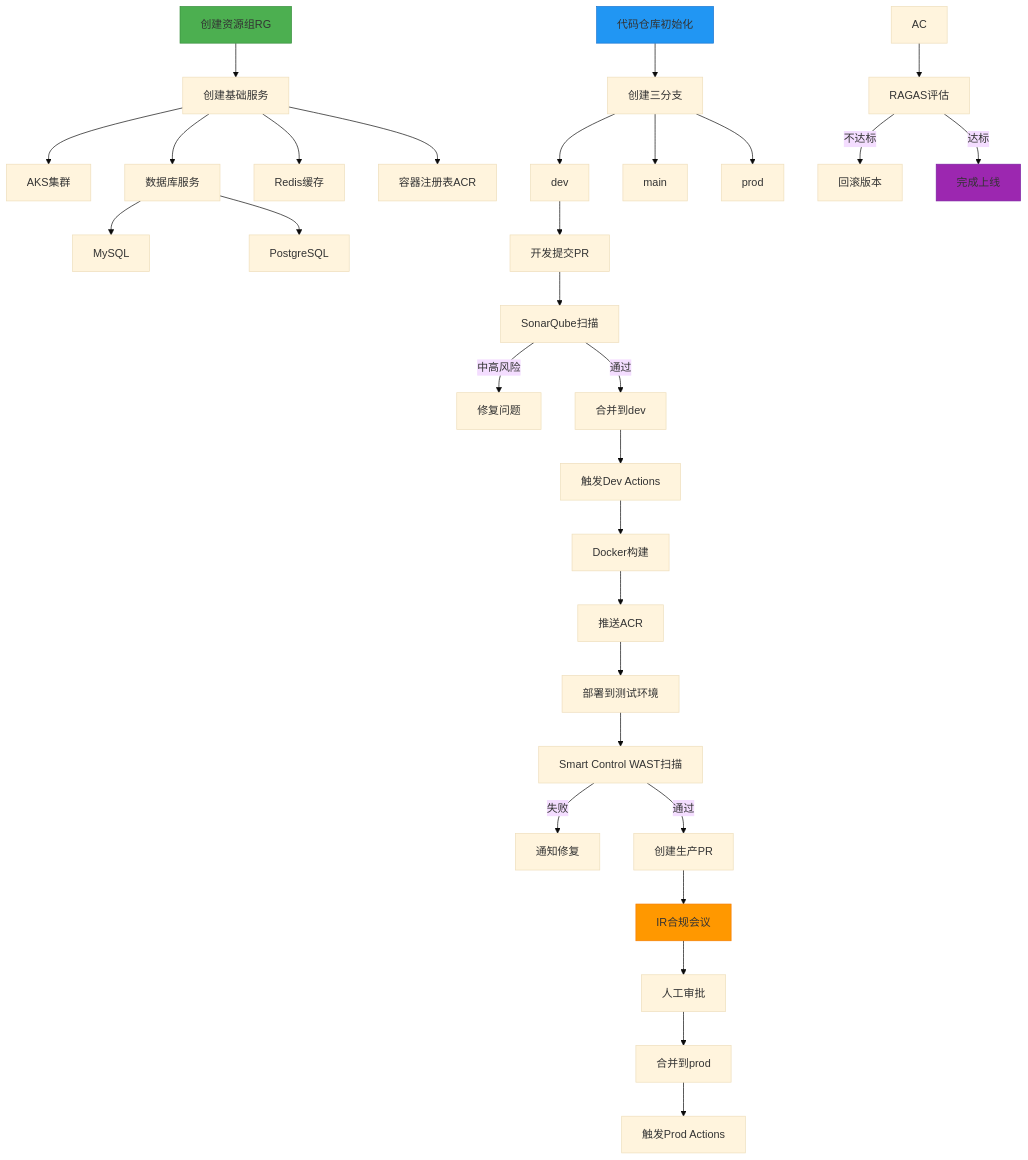
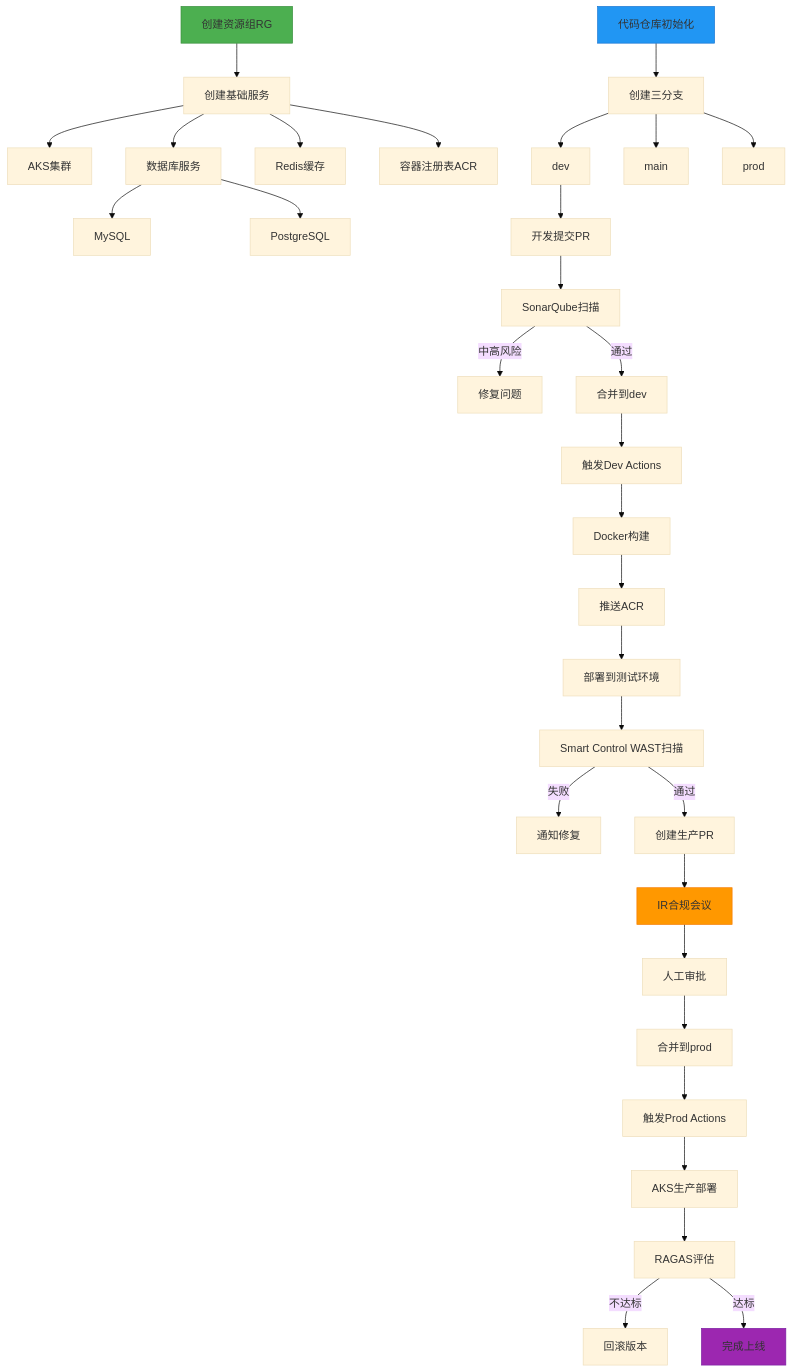
One commit to funnyData/iodraw-files changed the diagram in all/未命名-1.md. Above: the diagram before and after it, drawn with Mermaid (base theme).

Commit message:
2025-02-27 01:17:11 update

````diff
--- a/all/未命名-1.md
+++ b/all/未命名-1.md
@@ -1,47 +1,48 @@
 ```mermaid
 graph TD
     A[创建资源组RG] --> B[创建基础服务]
     B --> C[AKS集群]
     B --> D[数据库服务]
     D --> DA[MySQL]
     D --> DB[PostgreSQL]
     B --> E[Redis缓存]
     B --> F[容器注册表ACR]
     
     G[代码仓库初始化] --> H[创建三分支]
     H --> I[dev]
     H --> J[main]
     H --> K[prod]
     
     I --> L[开发提交PR]
     L --> M[SonarQube扫描]
     M -->|中高风险| N[修复问题]
     M -->|通过| O[合并到dev]
     
     O --> P[触发Dev Actions]
     P --> Q[Docker构建]
     Q --> R[推送ACR]
     R --> S[部署到测试环境]
     
     S --> T[Smart Control WAST扫描]
     T -->|失败| U[通知修复]
     T -->|通过| V[创建生产PR]
     
     V --> W[IR合规会议]
     W --> X[人工审批]
     X --> Y[合并到prod]
     
     Y --> Z[触发Prod Actions]
+    Z --> AC[AKS生产部署]
     %% Z --> AA[安全扫描]
     %% AA -->|高风险| AB[终止部署]
     %% AA -->|通过| AC[AKS生产部署]
     
     AC --> AD[RAGAS评估]
     AD -->|不达标| AE[回滚版本]
     AD -->|达标| AF[完成上线]
     
     style A fill:#4CAF50,stroke:#388E3C
     style G fill:#2196F3,stroke:#1976D2
     style W fill:#FF9800,stroke:#F57C00
     style AF fill:#9C27B0,stroke:#7B1FA2
 ```
````
